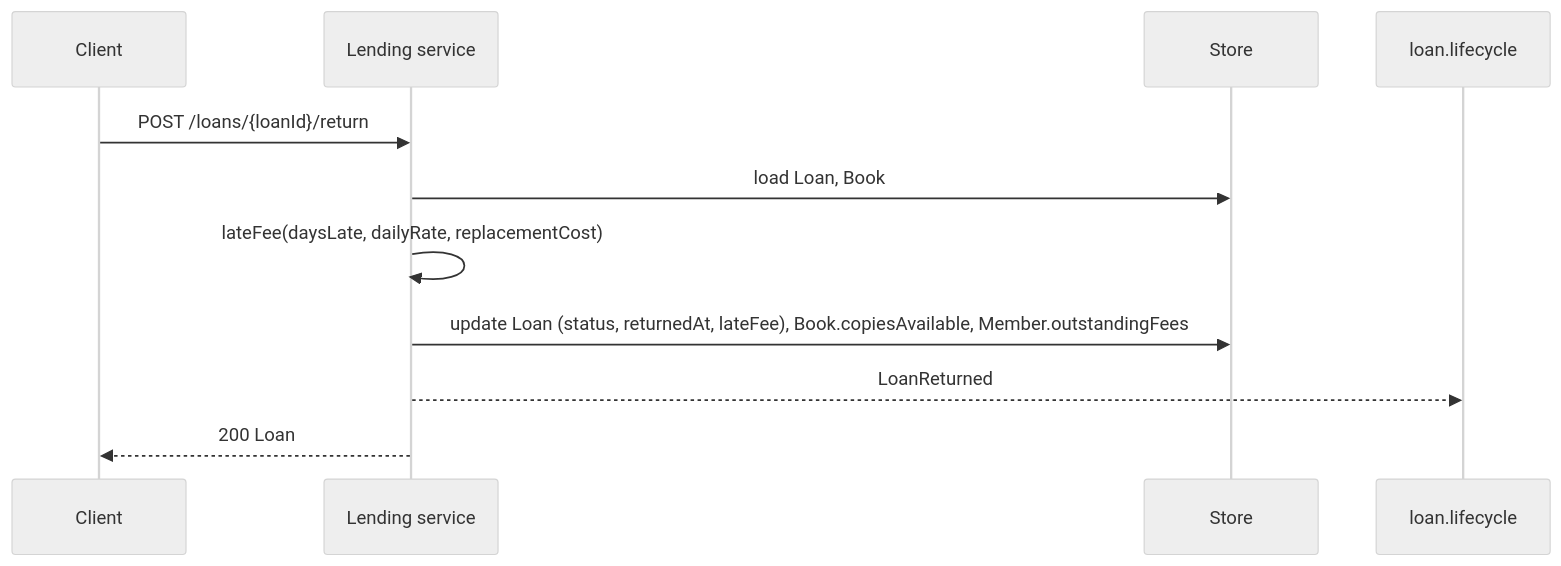
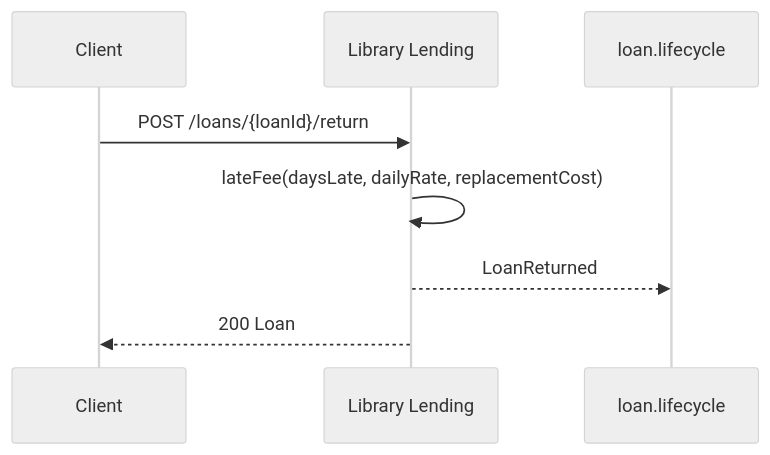
The fourth of 4 diagrams in examples/library-lending/library-lending.specarch-design.md (SpecArch/specarch), drawn with Mermaid (neutral theme) before and after one commit. The commit also changed other lines of this file and 79 other files, not shown here.

````diff
--- a/examples/library-lending/library-lending.specarch-design.md
+++ b/examples/library-lending/library-lending.specarch-design.md
@@ -102,13 +103,10 @@
 ```mermaid
 sequenceDiagram
   participant C as Client
-  participant S as Lending service
-  participant D as Store
-  participant Q as loan.lifecycle
+  participant S as Library Lending
+  participant Q1 as loan.lifecycle
   C->>S: POST /loans/{loanId}/return
-  S->>D: load Loan, Book
   S->>S: lateFee(daysLate, dailyRate, replacementCost)
-  S->>D: update Loan (status, returnedAt, lateFee), Book.copiesAvailable, Member.outstandingFees
-  S-->>Q: LoanReturned
+  S-->>Q1: LoanReturned
   S-->>C: 200 Loan
 ```
````
